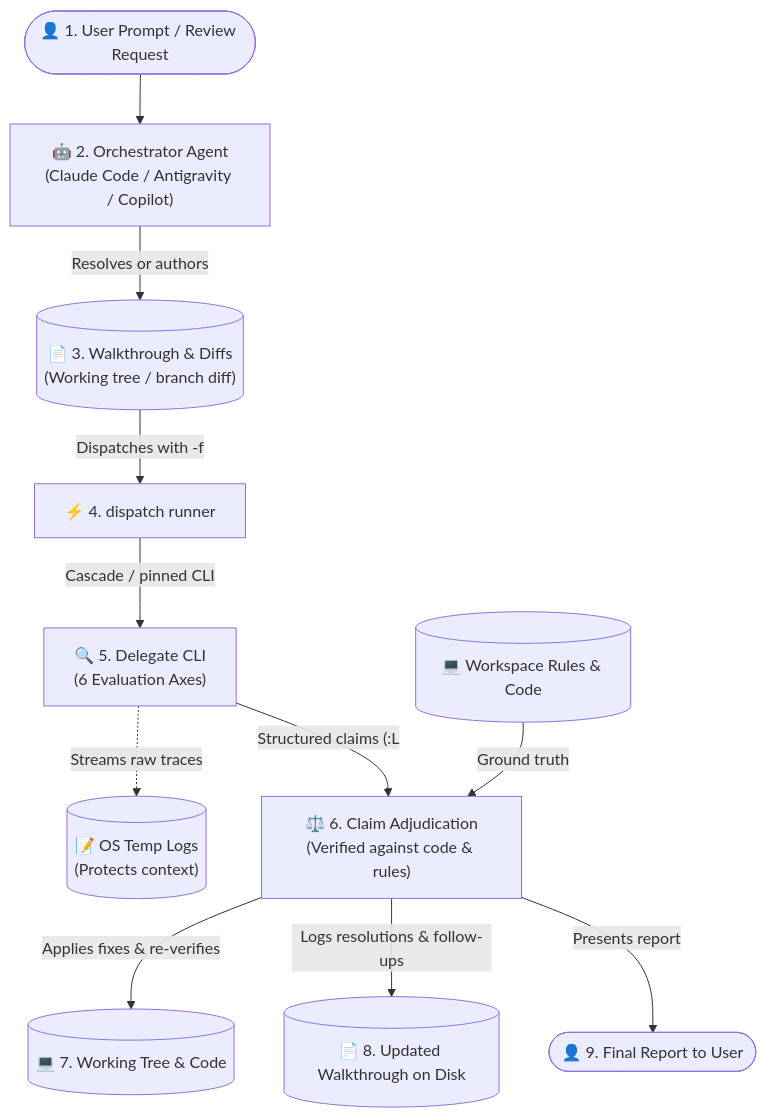
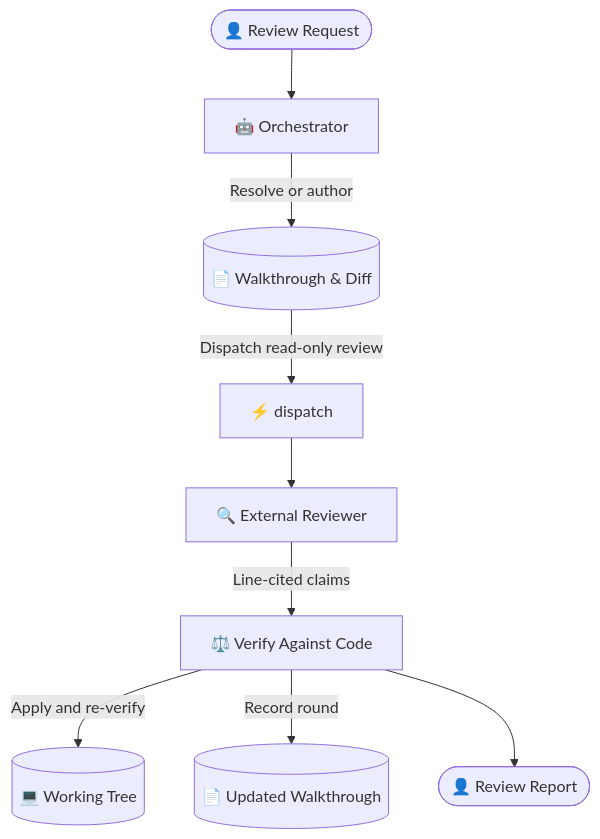
The diagram in skills/dispatch-code-review/README.md (Gyunikuchan/dispatch-skills), drawn with Mermaid before and after one commit. The commit also changed other lines of this file and 22 other files, not shown here.

````diff
--- a/skills/dispatch-code-review/README.md
+++ b/skills/dispatch-code-review/README.md
@@ -16,17 +14,11 @@
 ```mermaid
 flowchart TD
-    Prompt(["👤 1. User Prompt / Review Request"]) --> Orchestrator["🤖 2. Orchestrator Agent<br/>(Claude Code / Antigravity / Copilot)"]
-    
-    Orchestrator -->|"Resolves or authors"| Walkthrough[("📄 3. Walkthrough & Diffs<br/>(Working tree / branch diff)")]
-    Walkthrough -->|"Dispatches with -f"| Dispatch["⚡ 4. dispatch runner"]
-    
-    Dispatch -->|"Cascade / pinned CLI"| Delegate["🔍 5. Delegate CLI<br/>(6 Evaluation Axes)"]
-    Delegate -.->|"Streams raw traces"| Logs[("📝 OS Temp Logs<br/>(Protects context)")]
-    
-    Delegate -->|"Structured claims (<file>:L<line>)"| Adjudicate["⚖️ 6. Claim Adjudication<br/>(Verified against code & rules)"]
-    Codebase[("💻 Workspace Rules & Code")] -->|"Ground truth"| Adjudicate
-    
-    Adjudicate -->|"Applies fixes & re-verifies"| WorkTree[("💻 7. Working Tree & Code")]
-    Adjudicate -->|"Logs resolutions & follow-ups"| UpdatedWalkthrough[("📄 8. Updated Walkthrough on Disk")]
-    Adjudicate -->|"Presents report"| Report(["👤 9. Final Report to User"])
+    Prompt(["👤 Review Request"]) --> Orchestrator["🤖 Orchestrator"]
+    Orchestrator -->|"Resolve or author"| Walkthrough[("📄 Walkthrough & Diff")]
+    Walkthrough -->|"Dispatch read-only review"| Dispatch["⚡ dispatch"]
+    Dispatch --> Delegate["🔍 External Reviewer"]
+    Delegate -->|"Line-cited claims"| Adjudicate["⚖️ Verify Against Code"]
+    Adjudicate -->|"Apply and re-verify"| WorkTree[("💻 Working Tree")]
+    Adjudicate -->|"Record round"| UpdatedWalkthrough[("📄 Updated Walkthrough")]
+    Adjudicate --> Report(["👤 Review Report"])
 ```
````
